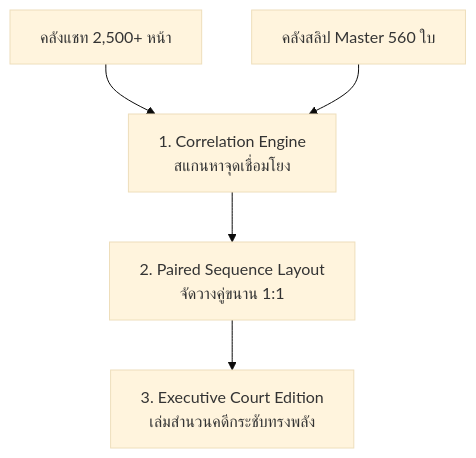
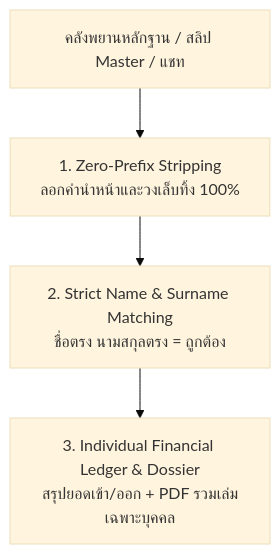
The diagram in _skills/Only/SKILL.md (palaside/EVIDENCE), drawn with Mermaid (base theme) before and after one commit. The commit also changed other lines of this file and 2298 other files, not shown here.

````diff
--- a/_skills/Only/SKILL.md
+++ b/_skills/Only/SKILL.md
@@ -21,8 +27,6 @@
 ```mermaid
 graph TD
-    A[คลังแชท 2,500+ หน้า] --> B[1. Correlation Engine<br>สแกนหาจุดเชื่อมโยง]
-    C[คลังสลิป Master 560 ใบ] --> B
-    
-    B --> D[2. Paired Sequence Layout<br>จัดวางคู่ขนาน 1:1]
-    D --> E[3. Executive Court Edition<br>เล่มสำนวนคดีกระชับทรงพลัง]
+    A[คลังพยานหลักฐาน / สลิป Master / แชท] --> B[1. Zero-Prefix Stripping<br>ลอกคำนำหน้าและวงเล็บทิ้ง 100%]
+    B --> C[2. Strict Name & Surname Matching<br>ชื่อตรง นามสกุลตรง = ถูกต้อง]
+    C --> D[3. Individual Financial Ledger & Dossier<br>สรุปยอดเข้า/ออก + PDF รวมเล่มเฉพาะบุคคล]
 ```
````
